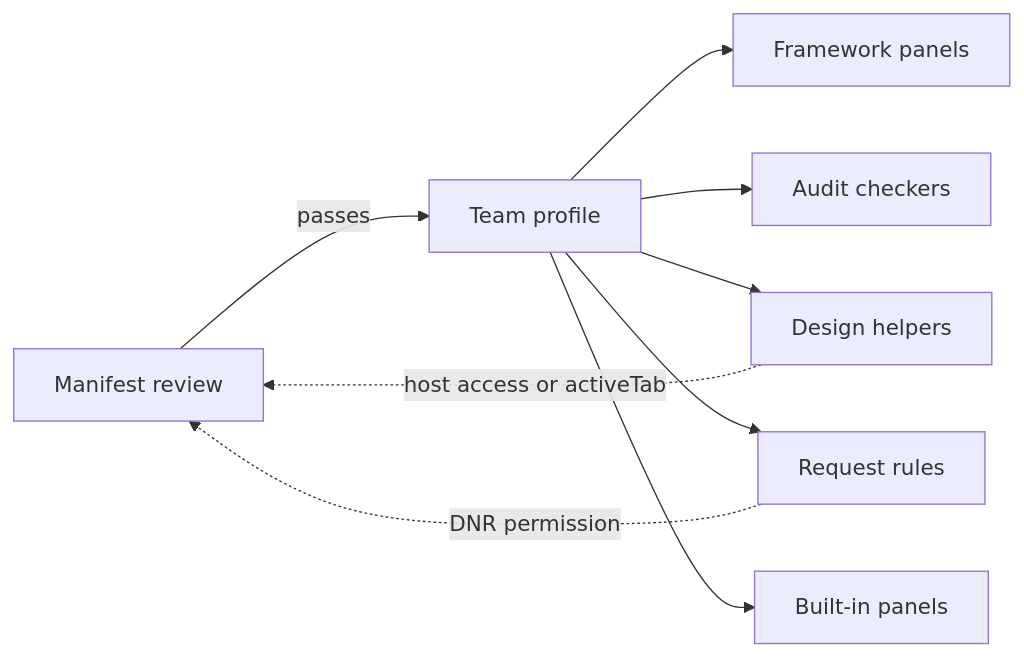
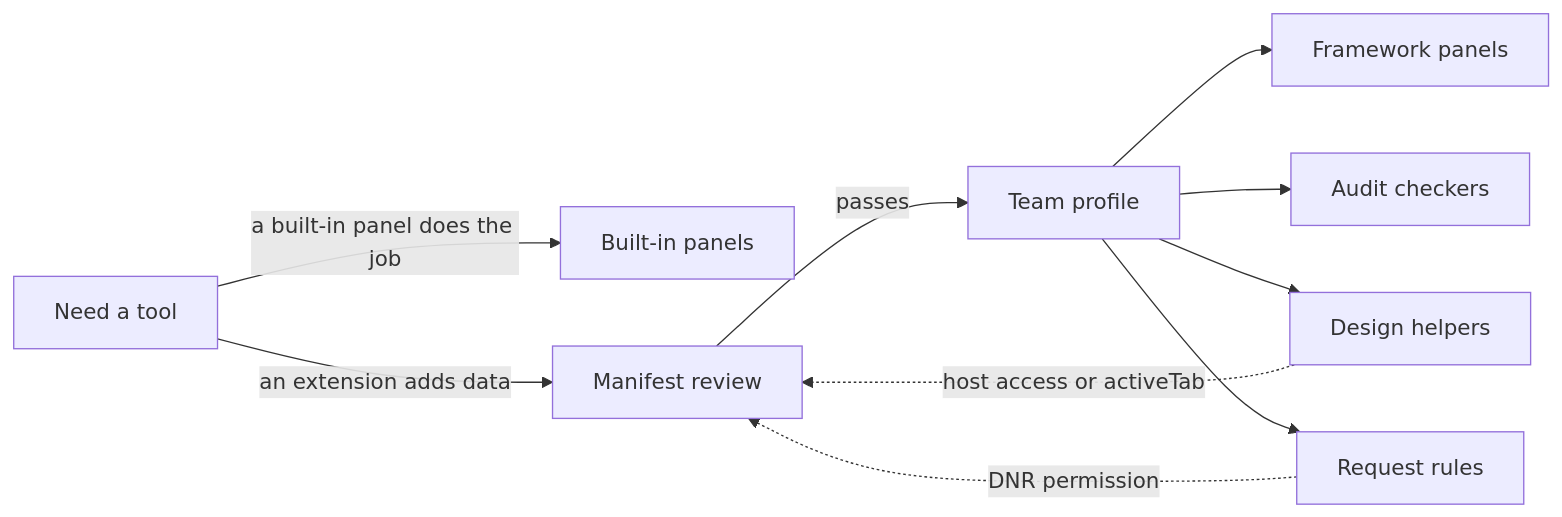
Before and after one commit to lakshay-testsigma/notes_management: the diagram in vault/frontend-engineering/learning-system-and-workstation/browser-extension-toolkit/visuals/assets/team-extension-profile-browser-extension-toolkit.mmd, drawn with Mermaid. The commit also changed 37 other files, not shown here.

```diff
--- a/vault/frontend-engineering/learning-system-and-workstation/browser-extension-toolkit/visuals/assets/team-extension-profile-browser-extension-toolkit.mmd
+++ b/vault/frontend-engineering/learning-system-and-workstation/browser-extension-toolkit/visuals/assets/team-extension-profile-browser-extension-toolkit.mmd
@@ -1,9 +1,10 @@
 flowchart LR
-  M["Manifest review"] -- "passes" --> P["Team profile"]
+  N["Need a tool"] -- "a built-in panel does the job" --> B["Built-in panels"]
+  N -- "an extension adds data" --> M["Manifest review"]
+  M -- "passes" --> P["Team profile"]
   P --> F["Framework panels"]
   P --> C["Audit checkers"]
   P --> D["Design helpers"]
   P --> R["Request rules"]
-  P --> B["Built-in panels"]
   D -. "host access or activeTab" .-> M
   R -. "DNR permission" .-> M
```
